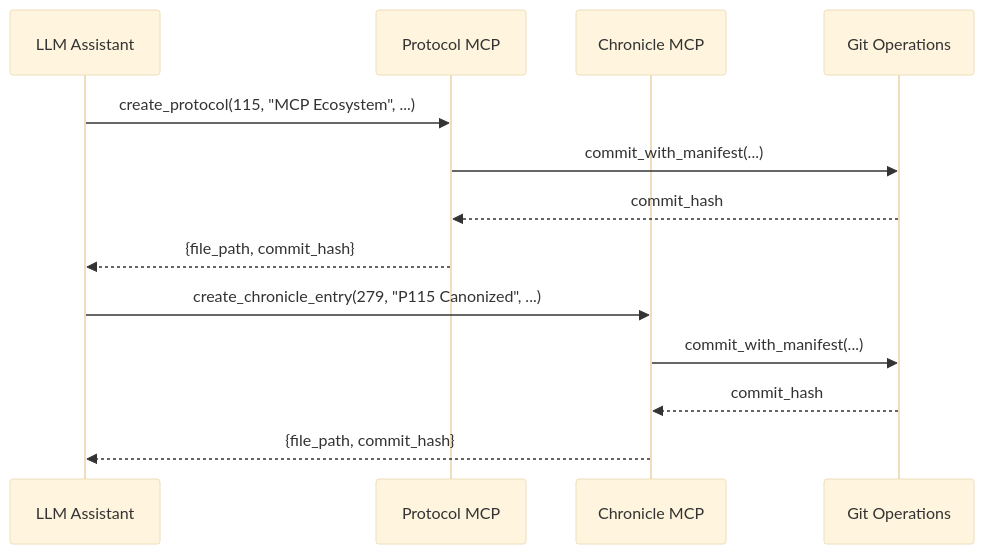
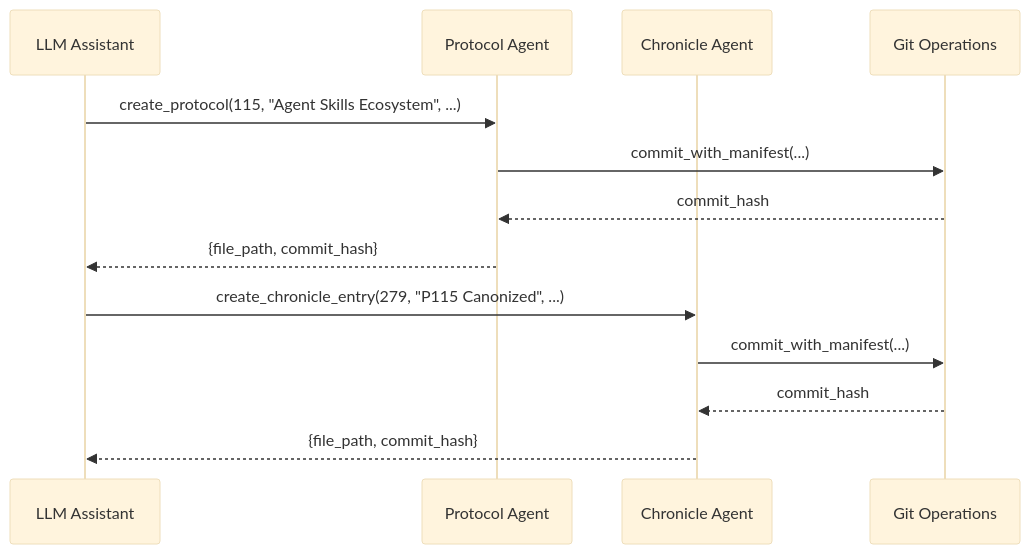
One commit to richfrem/Project_Sanctuary changed the diagram in .github/skills/protocol-agent/references/mcp_protocol_creation_workflow.mmd. Above: the diagram before and after it, drawn with Mermaid. The commit also changed 214 other files, not shown here.

```diff
--- a/.github/skills/protocol-agent/references/mcp_protocol_creation_workflow.mmd
+++ b/.github/skills/protocol-agent/references/mcp_protocol_creation_workflow.mmd
@@ -1,24 +1,24 @@
 ---
 config:
   theme: base
 ---
-%% Name: MCP Protocol Creation Workflow
-%% Source: docs/architecture/mcp_servers/architecture/mcp_ecosystem_architecture_v3.md
-%% Location: docs/architecture_diagrams/workflows/mcp_protocol_creation_workflow.mmd
-%% Description: Workflow example for creating a Protocol via MCP
+%% Name: Protocol Creation Workflow
+%% Source: docs/architecture/agent_skills_architecture.md
+%% Location: docs/architecture_diagrams/workflows/protocol_creation_workflow.mmd
+%% Description: Workflow example for creating a Protocol via Agent Skills
 
 sequenceDiagram
     participant LLM as LLM Assistant
-    participant Protocol as Protocol MCP
-    participant Chronicle as Chronicle MCP
+    participant Protocol as Protocol Agent
+    participant Chronicle as Chronicle Agent
     participant Git as Git Operations
     
-    LLM->>Protocol: create_protocol(115, "MCP Ecosystem", ...)
+    LLM->>Protocol: create_protocol(115, "Agent Skills Ecosystem", ...)
     Protocol->>Git: commit_with_manifest(...)
     Git-->>Protocol: commit_hash
     Protocol-->>LLM: {file_path, commit_hash}
     
     LLM->>Chronicle: create_chronicle_entry(279, "P115 Canonized", ...)
     Chronicle->>Git: commit_with_manifest(...)
     Git-->>Chronicle: commit_hash
     Chronicle-->>LLM: {file_path, commit_hash}
```
